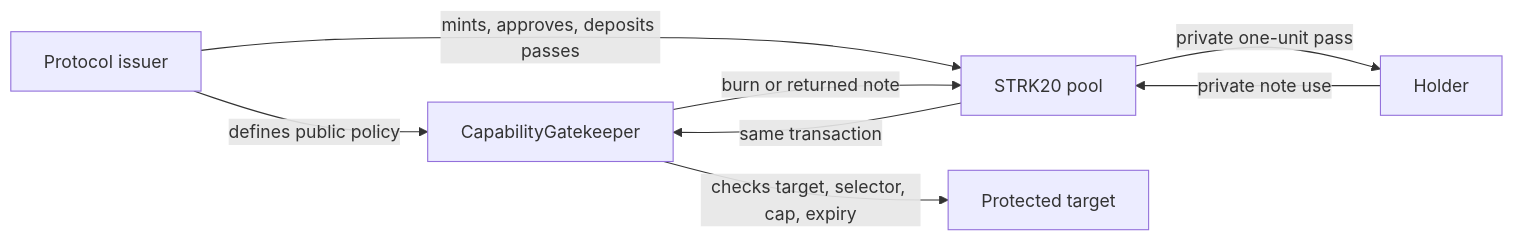
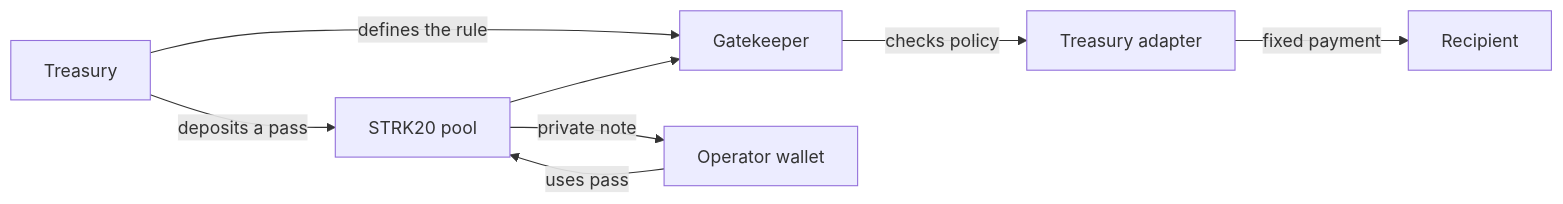
Before and after one commit to Web3Kyami/Blackbox-Protocol: the diagram in README.md, drawn with Mermaid. The commit also changed other lines of this file and 161 other files, not shown here.

````diff
--- a/README.md
+++ b/README.md
@@ -30,10 +28,10 @@
 ```mermaid
 flowchart LR
-  I[Protocol issuer] -->|defines public policy| G[CapabilityGatekeeper]
-  I -->|mints, approves, deposits passes| P[STRK20 pool]
-  P -->|private one-unit pass| H[Holder]
-  H -->|private note use| P
-  P -->|same transaction| G
-  G -->|checks target, selector, cap, expiry| T[Protected target]
-  G -->|burn or returned note| P
+  T[Treasury] -->|defines the rule| G[Gatekeeper]
+  T -->|deposits a pass| P[STRK20 pool]
+  P -->|private note| O[Operator wallet]
+  O -->|uses pass| P
+  P --> G
+  G -->|checks policy| A[Treasury adapter]
+  A -->|fixed payment| R[Recipient]
 ```
````
